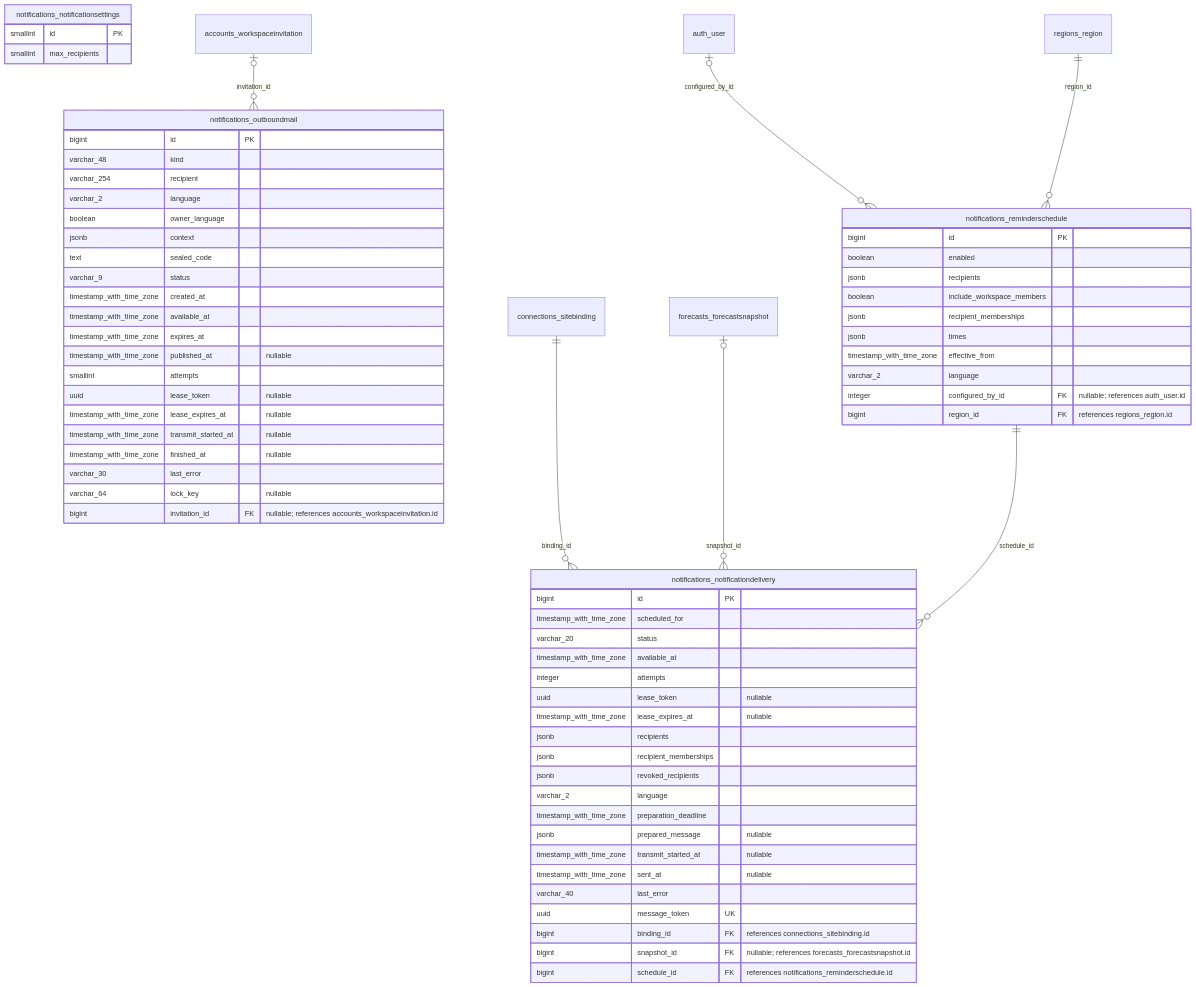
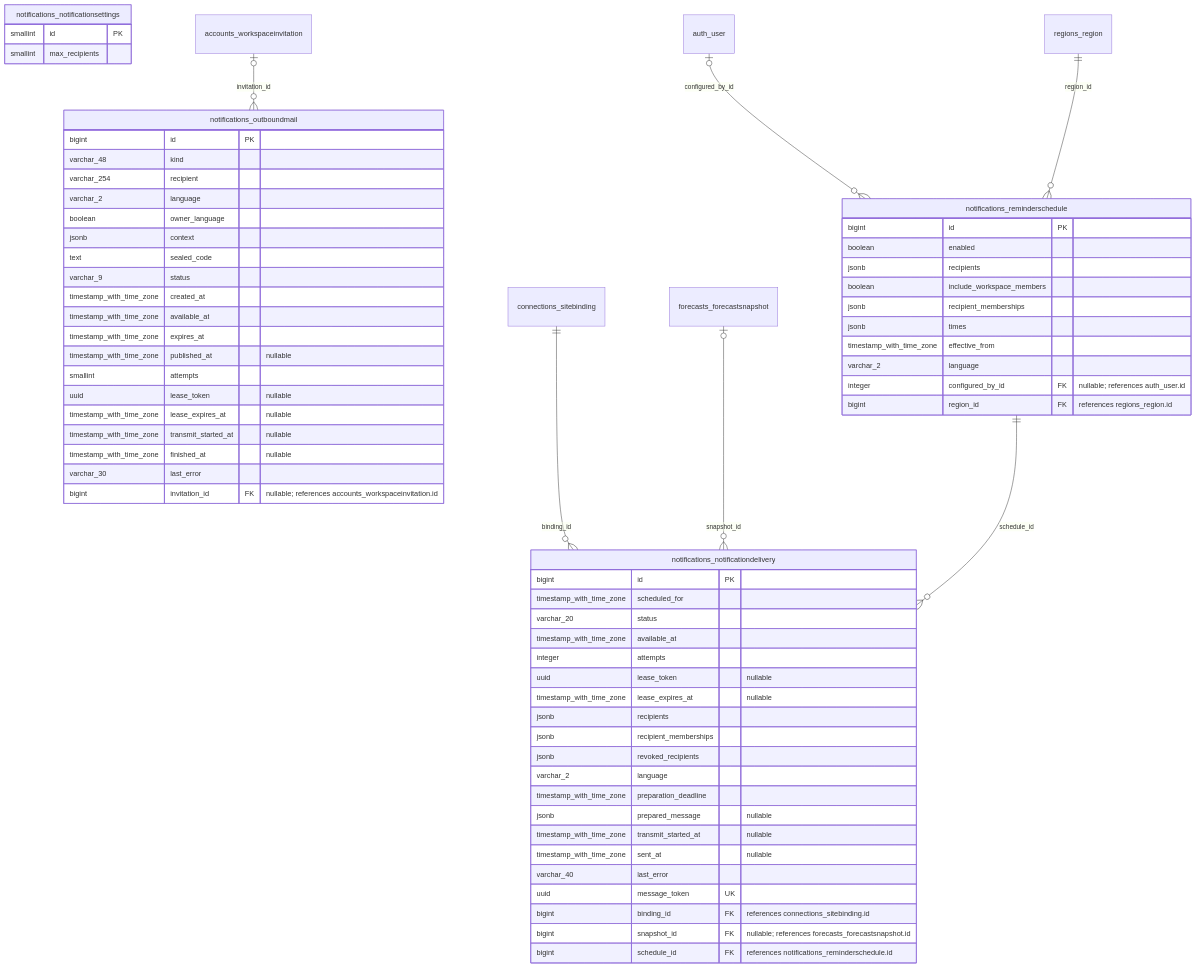
Before and after one commit to erkurtharun/pyracast: the eighth of 18 diagrams in docs/DATA_MODEL.md, drawn with Mermaid. The commit also changed other lines of this file and 9 other files, not shown here.

````diff
--- a/docs/DATA_MODEL.md
+++ b/docs/DATA_MODEL.md
@@ -913,69 +913,68 @@
 ```mermaid
 erDiagram
     notifications_notificationdelivery {
         bigint id PK
         timestamp_with_time_zone scheduled_for
         varchar_20 status
         timestamp_with_time_zone available_at
         integer attempts
         uuid lease_token "nullable"
         timestamp_with_time_zone lease_expires_at "nullable"
         jsonb recipients
         jsonb recipient_memberships
         jsonb revoked_recipients
         varchar_2 language
         timestamp_with_time_zone preparation_deadline
         jsonb prepared_message "nullable"
         timestamp_with_time_zone transmit_started_at "nullable"
         timestamp_with_time_zone sent_at "nullable"
         varchar_40 last_error
         uuid message_token UK
         bigint binding_id FK "references connections_sitebinding.id"
         bigint snapshot_id FK "nullable; references forecasts_forecastsnapshot.id"
         bigint schedule_id FK "references notifications_reminderschedule.id"
     }
     notifications_notificationsettings {
         smallint id PK
         smallint max_recipients
     }
     notifications_outboundmail {
         bigint id PK
         varchar_48 kind
         varchar_254 recipient
         varchar_2 language
         boolean owner_language
         jsonb context
         text sealed_code
         varchar_9 status
         timestamp_with_time_zone created_at
         timestamp_with_time_zone available_at
         timestamp_with_time_zone expires_at
         timestamp_with_time_zone published_at "nullable"
         smallint attempts
         uuid lease_token "nullable"
         timestamp_with_time_zone lease_expires_at "nullable"
         timestamp_with_time_zone transmit_started_at "nullable"
         timestamp_with_time_zone finished_at "nullable"
         varchar_30 last_error
-        varchar_64 lock_key "nullable"
         bigint invitation_id FK "nullable; references accounts_workspaceinvitation.id"
     }
     notifications_reminderschedule {
         bigint id PK
         boolean enabled
         jsonb recipients
         boolean include_workspace_members
         jsonb recipient_memberships
         jsonb times
         timestamp_with_time_zone effective_from
         varchar_2 language
         integer configured_by_id FK "nullable; references auth_user.id"
         bigint region_id FK "references regions_region.id"
     }
     connections_sitebinding ||--o{ notifications_notificationdelivery : "binding_id"
     forecasts_forecastsnapshot |o--o{ notifications_notificationdelivery : "snapshot_id"
     notifications_reminderschedule ||--o{ notifications_notificationdelivery : "schedule_id"
     accounts_workspaceinvitation |o--o{ notifications_outboundmail : "invitation_id"
     auth_user |o--o{ notifications_reminderschedule : "configured_by_id"
     regions_region ||--o{ notifications_reminderschedule : "region_id"
 ```
````
